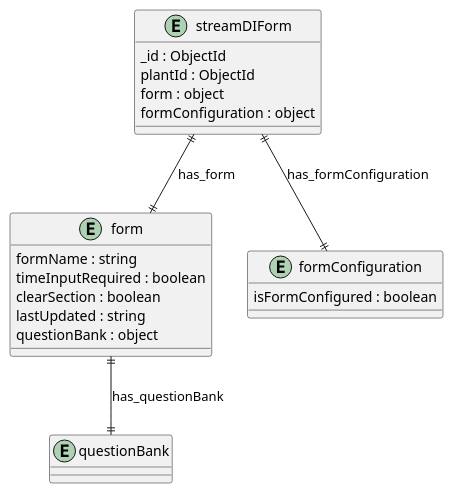
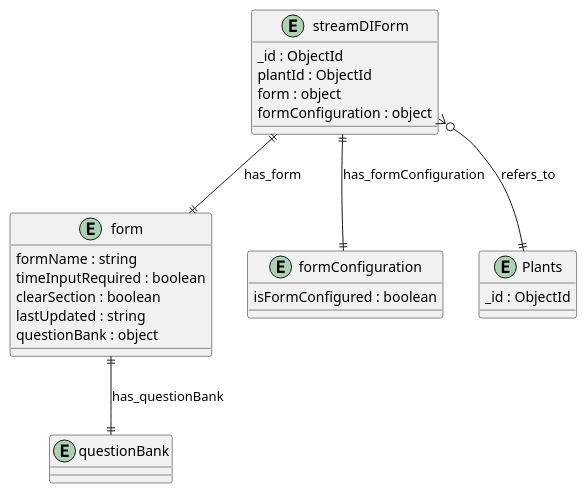
Before and after one commit to DigitalPaani/DigitalPaani_ERD: the diagram in erd_output/streamDIForm.puml, drawn with PlantUML. The commit also changed 208 other files, not shown here.

```diff
--- a/erd_output/streamDIForm.puml
+++ b/erd_output/streamDIForm.puml
@@ -1,29 +1,36 @@
 @startuml streamDIForm_Diagram
 
 entity "streamDIForm" as streamDIForm {
   _id : ObjectId
   plantId : ObjectId
   form : object
   formConfiguration : object
 }
 
 entity "form" as form {
   formName : string
   timeInputRequired : boolean
   clearSection : boolean
   lastUpdated : string
   questionBank : object
 }
 
 entity "questionBank" as questionBank {
 }
 
 entity "formConfiguration" as formConfiguration {
   isFormConfigured : boolean
 }
 
-' // Relationships
+
+' Shared Plant entity
+entity "Plants" as Plants {
+  _id : ObjectId
+}
+
+' Relationships
+streamDIForm }o--|| Plants : refers_to
 streamDIForm ||--|| form : has_form
 form ||--|| questionBank : has_questionBank
 streamDIForm ||--|| formConfiguration : has_formConfiguration
 @enduml
```
